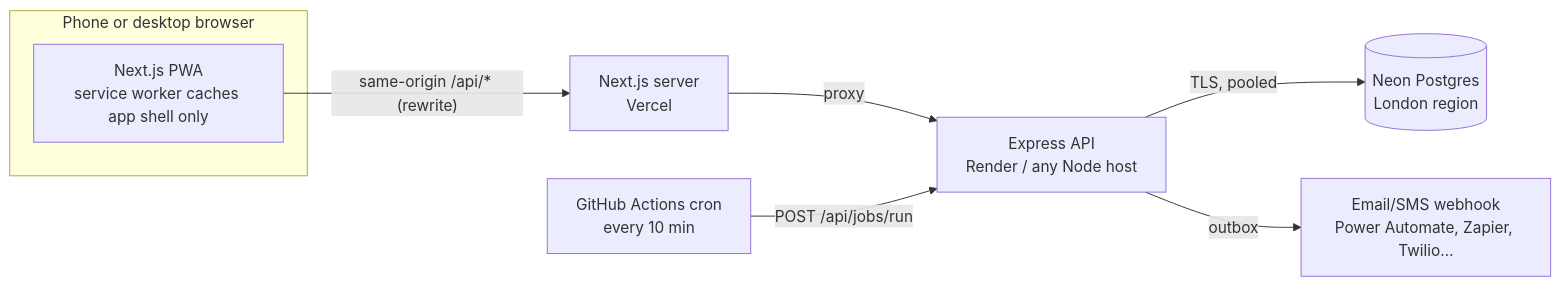
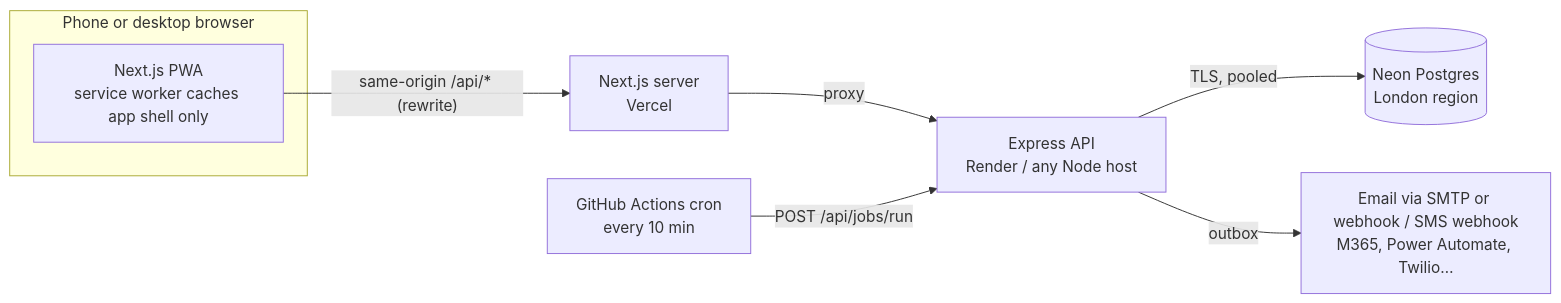
Before and after one commit to AJ-droi/PSEBC: the first of 3 diagrams in docs/architecture.md, drawn with Mermaid. The commit also changed other lines of this file and 26 other files, not shown here.

````diff
--- a/docs/architecture.md
+++ b/docs/architecture.md
@@ -17,11 +17,11 @@
 ```mermaid
 flowchart LR
   subgraph Device[Phone or desktop browser]
     PWA[Next.js PWA\nservice worker caches app shell only]
   end
   PWA -- "same-origin /api/* (rewrite)" --> WEB[Next.js server\nVercel]
   WEB -- proxy --> API[Express API\nRender / any Node host]
   API -- "TLS, pooled" --> DB[(Neon Postgres\nLondon region)]
-  API -- outbox --> NOTIFY[Email/SMS webhook\nPower Automate, Zapier, Twilio…]
+  API -- outbox --> NOTIFY[Email via SMTP or webhook / SMS webhook\nM365, Power Automate, Twilio…]
   CRON[GitHub Actions cron\nevery 10 min] -- "POST /api/jobs/run" --> API
 ```
````
